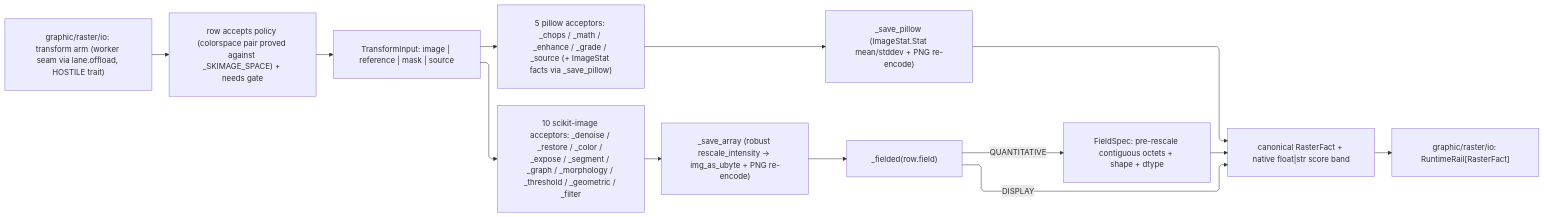
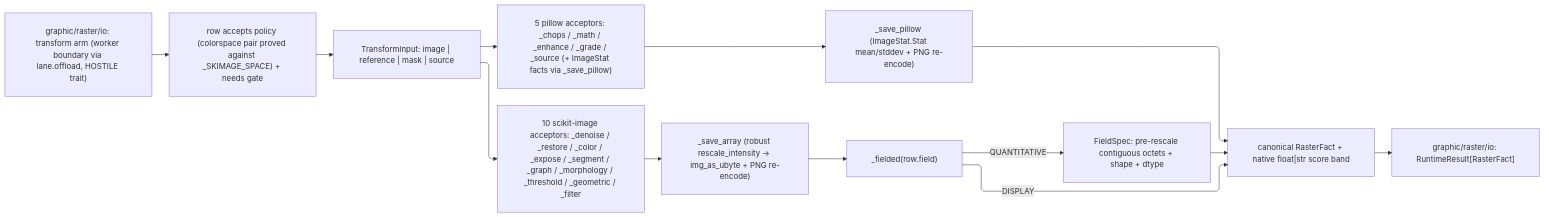
One commit to bsamiee/Rasm changed the diagram in libs/python/artifacts/.planning/graphic/raster/process.md. Above: the diagram before and after it, drawn with Mermaid. The commit also changed other lines of this file and 1997 other files, not shown here.

First line of the commit message:
docs: rename rail to result and seam to boundary across the corpus

````diff
--- a/libs/python/artifacts/.planning/graphic/raster/process.md
+++ b/libs/python/artifacts/.planning/graphic/raster/process.md
@@ -1072,24 +1072,24 @@
 ```mermaid
 ---
 config:
   layout: elk
   flowchart:
     curve: linear
     padding: 25
 ---
 flowchart LR
     accTitle: Raster transform flow
-    accDescr: The io transform arm crossing the worker seam, row acceptance under policy and the needs gate, TransformInput dispatch across the pillow and scikit-image acceptors, the field-law split at the array save, and the canonical RasterFact egress.
-    Tx["graphic/raster/io: transform arm (worker seam via lane.offload, HOSTILE trait)"] --> Table["row accepts policy (colorspace pair proved against _SKIMAGE_SPACE) + needs gate"]
+    accDescr: The io transform arm crossing the worker boundary, row acceptance under policy and the needs gate, TransformInput dispatch across the pillow and scikit-image acceptors, the field-law split at the array save, and the canonical RasterFact egress.
+    Tx["graphic/raster/io: transform arm (worker boundary via lane.offload, HOSTILE trait)"] --> Table["row accepts policy (colorspace pair proved against _SKIMAGE_SPACE) + needs gate"]
     Table --> Input["TransformInput: image | reference | mask | source"]
     Input --> Pil["5 pillow acceptors: _chops / _math / _enhance / _grade / _source (+ ImageStat facts via _save_pillow)"]
     Input --> Ski["10 scikit-image acceptors: _denoise / _restore / _color / _expose / _segment / _graph / _morphology / _threshold / _geometric / _filter"]
     Pil --> SaveP["_save_pillow (ImageStat.Stat mean/stddev + PNG re-encode)"]
     Ski --> SaveA["_save_array (robust rescale_intensity -> img_as_ubyte + PNG re-encode)"]
     SaveA --> Law["_fielded(row.field)"]
     Law -->|"DISPLAY"| Fact
     Law -->|"QUANTITATIVE"| Field["FieldSpec: pre-rescale contiguous octets + shape + dtype"]
     Field --> Fact
     SaveP --> Fact["canonical RasterFact + native float|str score band"]
-    Fact --> Rail["graphic/raster/io: RuntimeRail[RasterFact]"]
+    Fact --> Outcome["graphic/raster/io: RuntimeResult[RasterFact]"]
 ```
````
